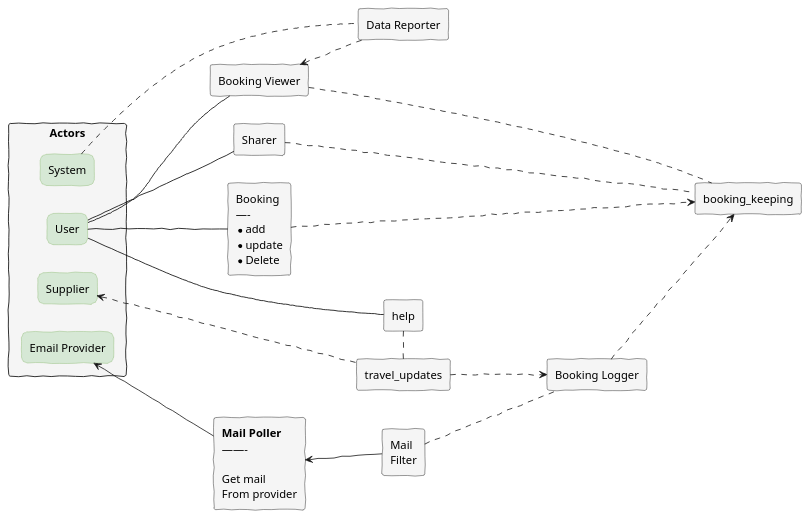
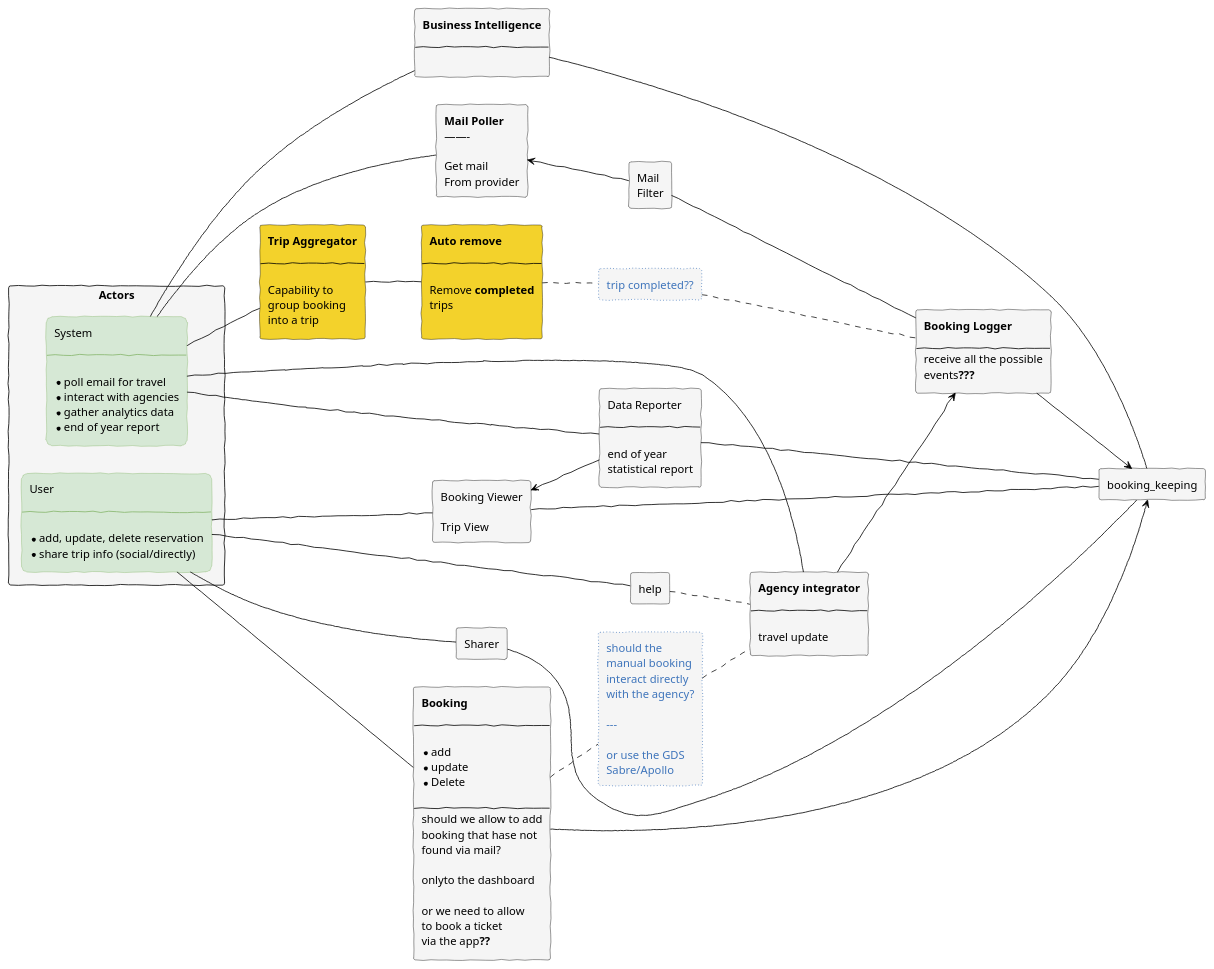
One commit to relic-da/ArchEnemies changed the diagram in doc/actor-action.puml. Above: the diagram before and after it, drawn with PlantUML. The commit also changed 2 other files, not shown here.

```diff
--- a/doc/actor-action.puml
+++ b/doc/actor-action.puml
@@ -17,9 +17,8 @@
 
     borderColor<<action>> #3F75BB
     FontColor<<action>> #3F75BB
-    BackgroundColor<<action>> #FFE5CC
+    'BackgroundColor<<action>> #FFE5CC
 '    RoundCorner<<action>> 30
-
     BackgroundColor<<sticky>> #F3D22B
     borderColor<<sticky>> black
  }
@@ -29,23 +28,36 @@
 
     rectangle system  <<actor>> [
     System
+
+    ---
+
+    * poll email for travel
+    * interact with agencies
+    * gather analytics data
+    * end of year report
     ]
     rectangle user <<actor>> [
     User
+
+    ---
+
+    * add, update, delete reservation
+    * share trip info (social/directly)
     ]
-    rectangle supplier <<actor>>[
-    Supplier
-    ]
-    rectangle email_prvider <<actor>> [
-    Email Provider
-    ]
+'    rectangle supplier <<actor>>[
+'    Supplier
+'    ]
+
+    'rectangle email_prvider <<actor>> [
+    'Email Provider
+    ']
 }
 
 ' position actors
 '
 user                 .[hidden]                      system       
-supplier             .[hidden]                      user         
-email_prvider        .[hidden]                      supplier     
+'supplier             .[hidden]                      user         
+'email_prvider        .[hidden]                      supplier     
 
 
 ' action
@@ -64,17 +76,40 @@
 ]
 
 rectangle booking_logger [
-Booking Logger
+**Booking Logger**
+
+---
+receive all the possible
+events**???**
 ]
 
-rectangle travel_updates
+rectangle travel_updates [
+**Agency integrator**
+
+---
+
+travel update
+]
 
 rectangle booking_manual [
-Booking
-—-
+**Booking**
+
+---
+
 * add
 * update
 * Delete
+
+---
+should we allow to add
+booking that hase not
+found via mail?
+
+onlyto the dashboard
+
+or we need to allow
+to book a ticket
+via the app**??**
 ]
 
 rectangle sharer  [
@@ -85,18 +120,87 @@
 
 rectangle booking_viewer  [
 Booking Viewer
+
+Trip View
 ]
 
 rectangle booking_keeping 
 
 rectangle data_reporter  [
 Data Reporter
+
+---
+
+end of year
+statistical report
 ]
 
+
+rectangle group_trip <<sticky>>[
+**Trip Aggregator**
+
+---
+
+Capability to
+group booking
+into a trip
+]
+
+rectangle trip_archive <<sticky>>[
+**Auto remove**
+
+---
+
+Remove **completed**
+trips
+
+]
+
+rectangle q1 <<action>>#line.dotted[
+should the
+manual booking
+interact directly
+with the agency?
+
+--- 
+
+or use the GDS
+Sabre/Apollo
+]
+
+rectangle q2 <<action>>#line.dotted[
+trip completed??
+]
+
+rectangle bi [
+**Business Intelligence**
+
+---
+
+]
+
+system -[#black]-- bi
+
+bi -[#black]-- booking_keeping
+
+data_reporter -[#black]-- booking_keeping
+
+booking_manual             ..               q1
+q1 .. travel_updates
 booking_viewer            .[hidden]               sharer
 sharer                    .[hidden]               booking_manual
 booking_manual            .[hidden].               help
 
+
+trip_archive .. q2
+q2 .. booking_logger
+
+
+system -[#black]- group_trip
+
+group_trip -[#black]- trip_archive
+
+'
 ' Links 
 user -[#black]-- sharer
 user -[#black]-- booking_viewer
@@ -104,36 +208,28 @@
 user -[#black]-- help
 
 
-supplier <... travel_updates
+'supplier <... travel_updates
+system -[#black]- travel_updates
 
-email_prvider <--- mail_poller
-
-system .... data_reporter
+'email_prvider <--- mail_poller
+system -[#black]-- mail_poller
+system -[#black]-- data_reporter
 
 '
 ' connectivty intermediate
-booking_viewer   <..    data_reporter
+booking_viewer   <-[#black]-    data_reporter
 '
 help             .      travel_updates
-booking_viewer   ...    booking_keeping
-booking_manual   ...>   booking_keeping
-sharer           ...    booking_keeping
+booking_viewer   -[#black]--    booking_keeping
+booking_manual   -[#black]-->   booking_keeping
+sharer           -[#black]--    booking_keeping
 '
-mail_poller      <--    mail_filter
+mail_poller      <-[#black]-    mail_filter
 
-booking_logger   ..>    booking_keeping
+booking_logger   -[#black]->    booking_keeping
 '
 '
-mail_filter      ...    booking_logger
-travel_updates   ...>   booking_logger
-'
-'
-'
-'
-'
-'
-
-'
-'
+mail_filter      -[#black]-    booking_logger
+travel_updates   -[#black]->   booking_logger
 '
 @enduml
```
